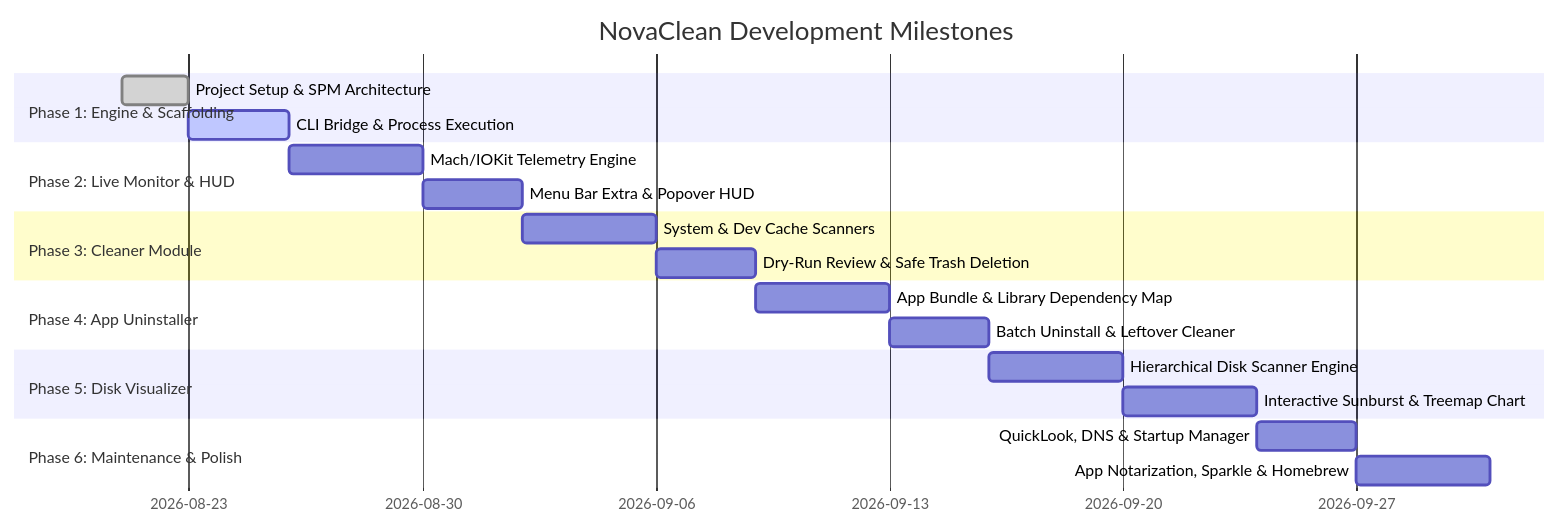
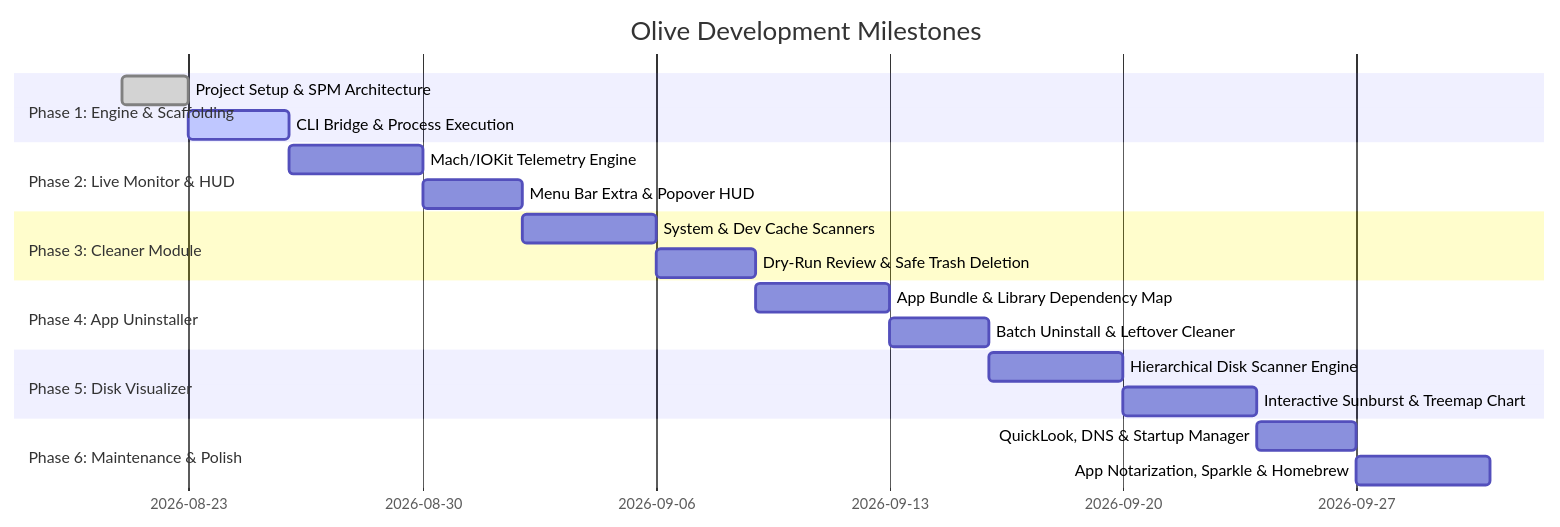
One commit to Voltster/Olive changed the diagram in ROADMAP.md. Above: the diagram before and after it, drawn with Mermaid. The commit also changed other lines of this file and 9 other files, not shown here.

Commit message:
Rebrand project to Olive: update PRD, Design system, Roadmap and dev configurations

````diff
--- a/ROADMAP.md
+++ b/ROADMAP.md
@@ -8,23 +8,23 @@
 ```mermaid
 gantt
-    title NovaClean Development Milestones
+    title Olive Development Milestones
     dateFormat  YYYY-MM-DD
     section Phase 1: Engine & Scaffolding
     Project Setup & SPM Architecture     :done, p1_1, 2026-08-21, 2d
     CLI Bridge & Process Execution        :active, p1_2, 2026-08-23, 3d
     section Phase 2: Live Monitor & HUD
     Mach/IOKit Telemetry Engine          :p2_1, after p1_2, 4d
     Menu Bar Extra & Popover HUD         :p2_2, after p2_1, 3d
     section Phase 3: Cleaner Module
     System & Dev Cache Scanners          :p3_1, after p2_2, 4d
     Dry-Run Review & Safe Trash Deletion :p3_2, after p3_1, 3d
     section Phase 4: App Uninstaller
     App Bundle & Library Dependency Map  :p4_1, after p3_2, 4d
     Batch Uninstall & Leftover Cleaner   :p4_2, after p4_1, 3d
     section Phase 5: Disk Visualizer
     Hierarchical Disk Scanner Engine     :p5_1, after p4_2, 4d
     Interactive Sunburst & Treemap Chart :p5_2, after p5_1, 4d
     section Phase 6: Maintenance & Polish
     QuickLook, DNS & Startup Manager     :p6_1, after p5_2, 3d
     App Notarization, Sparkle & Homebrew :p6_2, after p6_1, 4d
 ```
````
